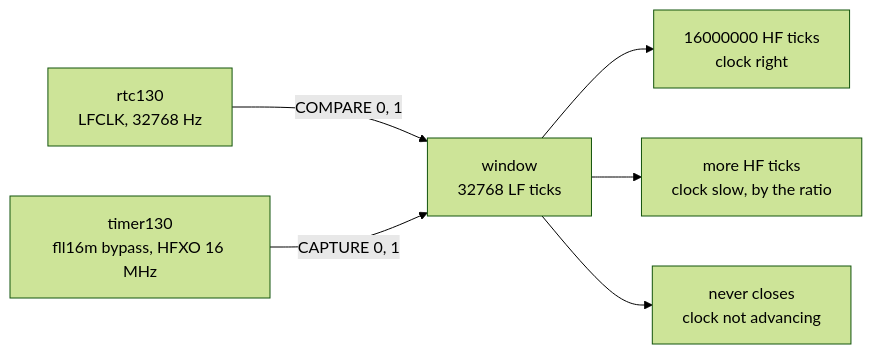
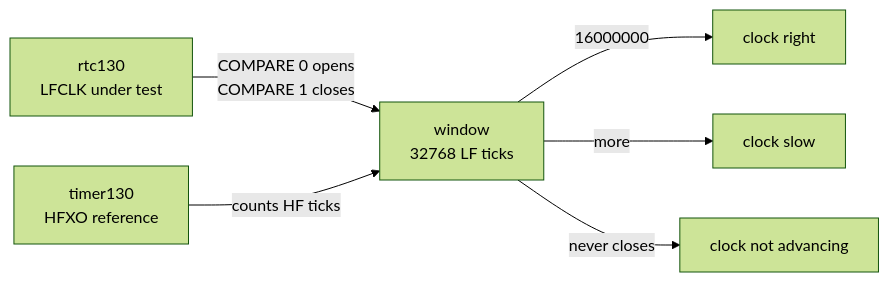
Before and after one commit to droidecahedron/lfclk_probe: the first of 4 diagrams in README.md, drawn with Mermaid (forest theme). The commit also changed other lines of this file, not shown here.

````diff
--- a/README.md
+++ b/README.md
@@ -36,9 +36,8 @@
 ```mermaid
 flowchart LR
-    %% rtc130 counts the 32 kHz you do not trust, timer130 the 16 MHz you do
-    lf["rtc130<br/>LFCLK, 32768 Hz"] -->|"COMPARE 0, 1"| win["window<br/>32768 LF ticks"]
-    hf["timer130<br/>fll16m bypass, HFXO 16 MHz"] -->|"CAPTURE 0, 1"| win
-    win --> right["16000000 HF ticks<br/>clock right"]
-    win --> slow["more HF ticks<br/>clock slow, by the ratio"]
-    win --> dead["never closes<br/>clock not advancing"]
+    lf["rtc130<br/>LFCLK under test"] -->|"COMPARE 0 opens<br/>COMPARE 1 closes"| win["window<br/>32768 LF ticks"]
+    hf["timer130<br/>HFXO reference"] -->|"counts HF ticks"| win
+    win -->|"16000000"| right["clock right"]
+    win -->|"more"| slow["clock slow"]
+    win -->|"never closes"| dead["clock not advancing"]
 ```
````
